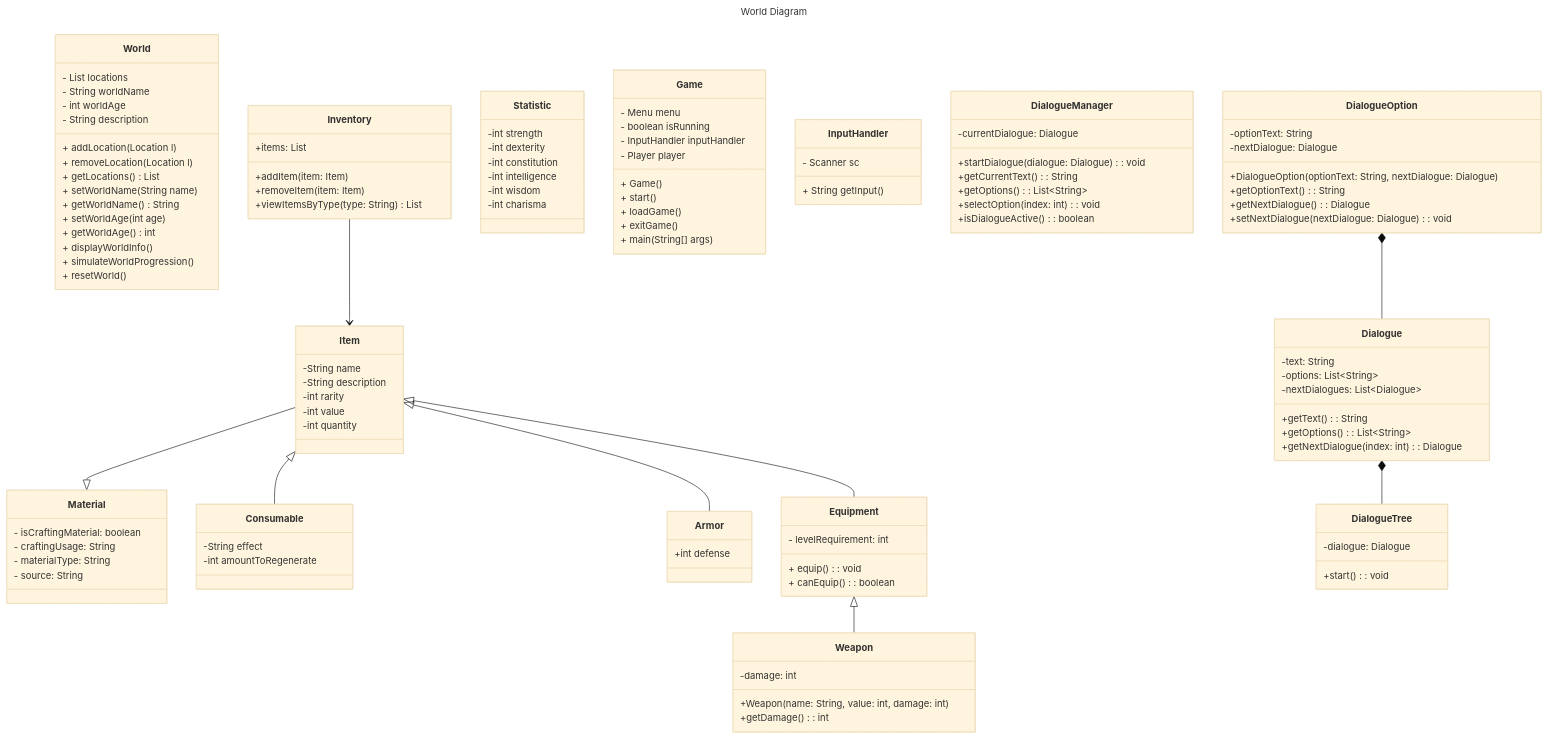
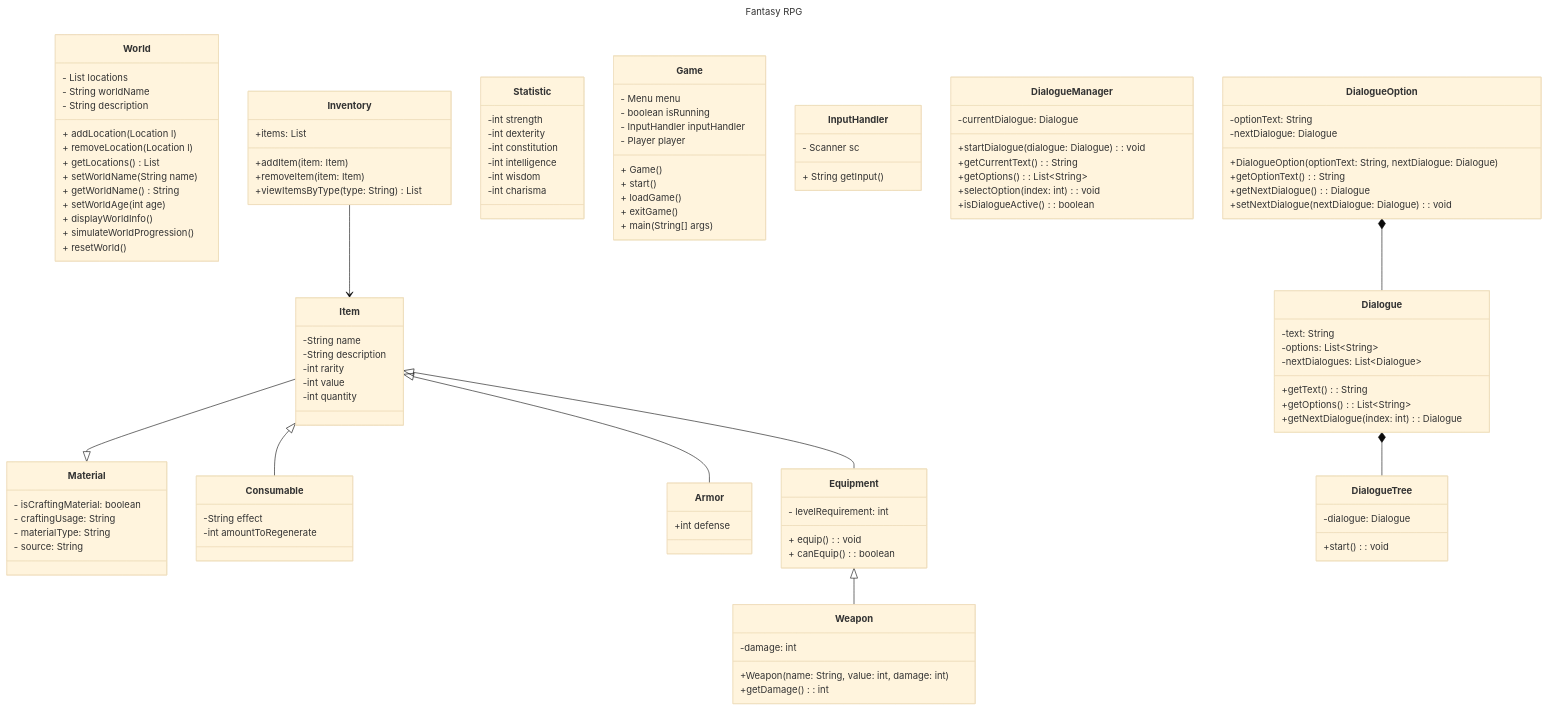
The diagram in wiki/Class-Diagram.md (pacalso-jjc/2425-2nd-cc3-1b-rpg), drawn with Mermaid (base theme) before and after one commit.

Commit message:
I rename the diagram to fantasy rpg

````diff
--- a/wiki/Class-Diagram.md
+++ b/wiki/Class-Diagram.md
@@ -1,12 +1,11 @@
 ```mermaid
 ---
-title: World Diagram
+title: Fantasy RPG
 ---
 classDiagram
     class World {
         - List locations
         - String worldName
-        - int worldAge
         - String description
         + addLocation(Location l)
         + removeLocation(Location l)
@@ -14,7 +13,6 @@
         + setWorldName(String name)
         + getWorldName() String
         + setWorldAge(int age)
-        + getWorldAge() int
         + displayWorldInfo()
         + simulateWorldProgression()
         + resetWorld()
````
